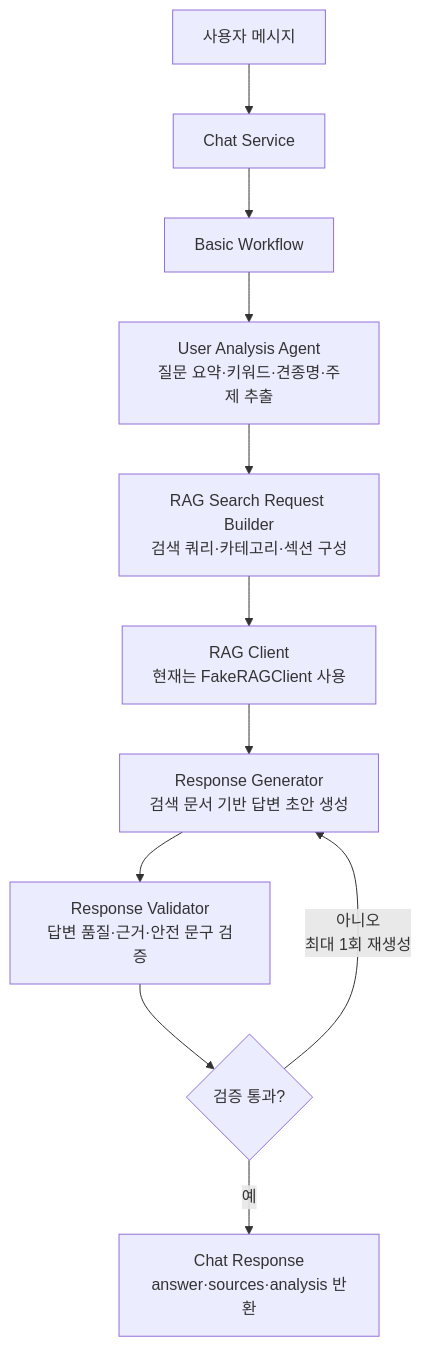
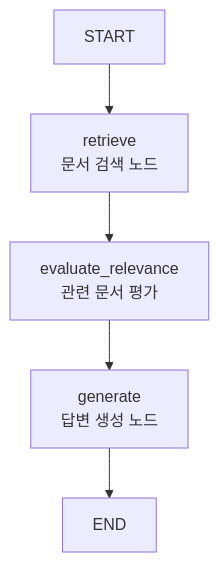
The diagram in backend/Workflow.md (SKNETWORKS-FAMILY-AICAMP/SKN27-4th-2team), drawn with Mermaid before and after one commit. The commit also changed other lines of this file and 8 other files, not shown here.

Commit message:
agent 코드 수정 (RAG workflow로)

````diff
--- a/backend/Workflow.md
+++ b/backend/Workflow.md
@@ -9,13 +9,7 @@
 ```mermaid
 flowchart TD
-    A["사용자 메시지"] --> B["Chat Service"]
-    B --> C["Basic Workflow"]
-    C --> D["User Analysis Agent<br/>질문 요약·키워드·견종명·주제 추출"]
-    D --> E["RAG Search Request Builder<br/>검색 쿼리·카테고리·섹션 구성"]
-    E --> F["RAG Client<br/>현재는 FakeRAGClient 사용"]
-    F --> G["Response Generator<br/>검색 문서 기반 답변 초안 생성"]
-    G --> H["Response Validator<br/>답변 품질·근거·안전 문구 검증"]
-    H --> I{"검증 통과?"}
-    I -->|"아니오<br/>최대 1회 재생성"| G
-    I -->|"예"| J["Chat Response<br/>answer·sources·analysis 반환"]
+    A["START"] --> B["retrieve<br/>문서 검색 노드"]
+    B --> C["evaluate_relevance<br/>관련 문서 평가"]
+    C --> D["generate<br/>답변 생성 노드"]
+    D --> E["END"]
 ```
````
